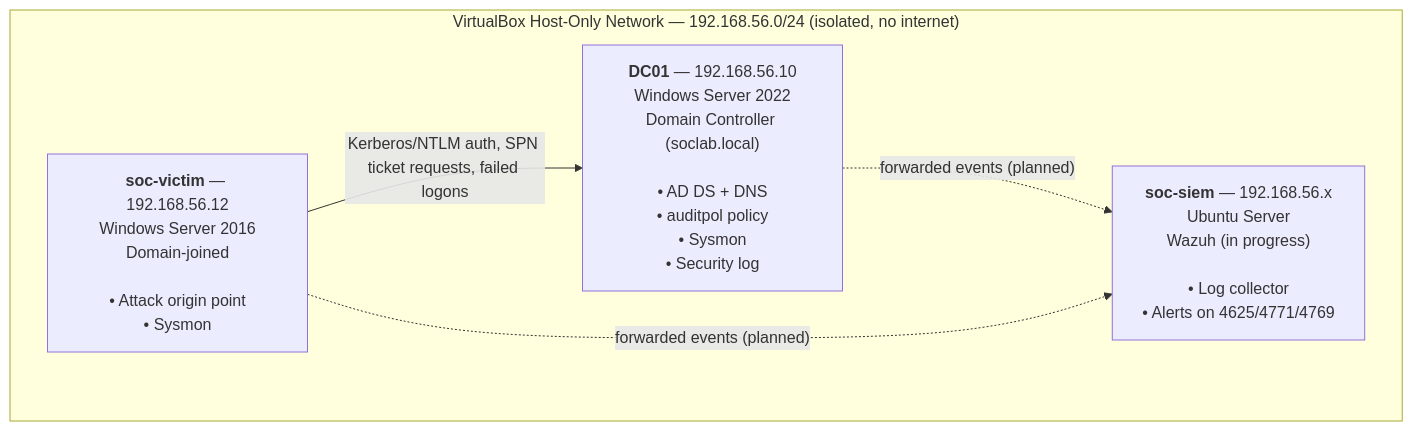
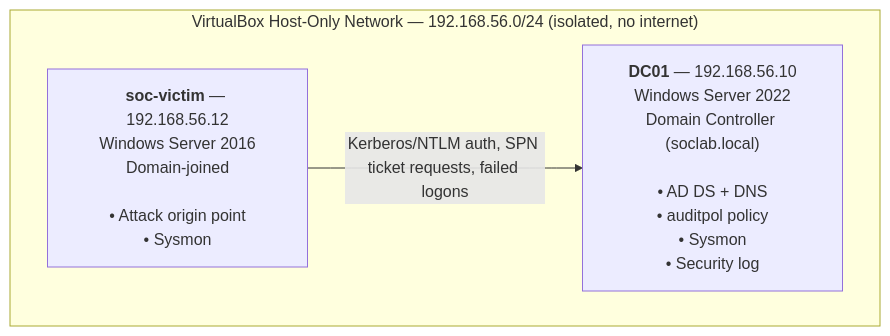
Before and after one commit to rubabiqbal45-hub/soc-detection-lab: the diagram in README.md, drawn with Mermaid. The commit also changed other lines of this file, not shown here.

Commit message:
Scope project to DC01 + soc-victim; move SIEM to roadmap

````diff
--- a/README.md
+++ b/README.md
@@ -22,12 +22,9 @@
 ```mermaid
 flowchart TB
     subgraph NET["VirtualBox Host-Only Network — 192.168.56.0/24 (isolated, no internet)"]
         DC["<b>DC01</b> — 192.168.56.10<br/>Windows Server 2022<br/>Domain Controller (soclab.local)<br/><br/>• AD DS + DNS<br/>• auditpol policy<br/>• Sysmon<br/>• Security log"]
         VICTIM["<b>soc-victim</b> — 192.168.56.12<br/>Windows Server 2016<br/>Domain-joined<br/><br/>• Attack origin point<br/>• Sysmon"]
-        SIEM["<b>soc-siem</b> — 192.168.56.x<br/>Ubuntu Server<br/>Wazuh (in progress)<br/><br/>• Log collector<br/>• Alerts on 4625/4771/4769"]
     end
 
     VICTIM -->|"Kerberos/NTLM auth, SPN ticket requests, failed logons"| DC
-    DC -.->|"forwarded events (planned)"| SIEM
-    VICTIM -.->|"forwarded events (planned)"| SIEM
 ```
````
